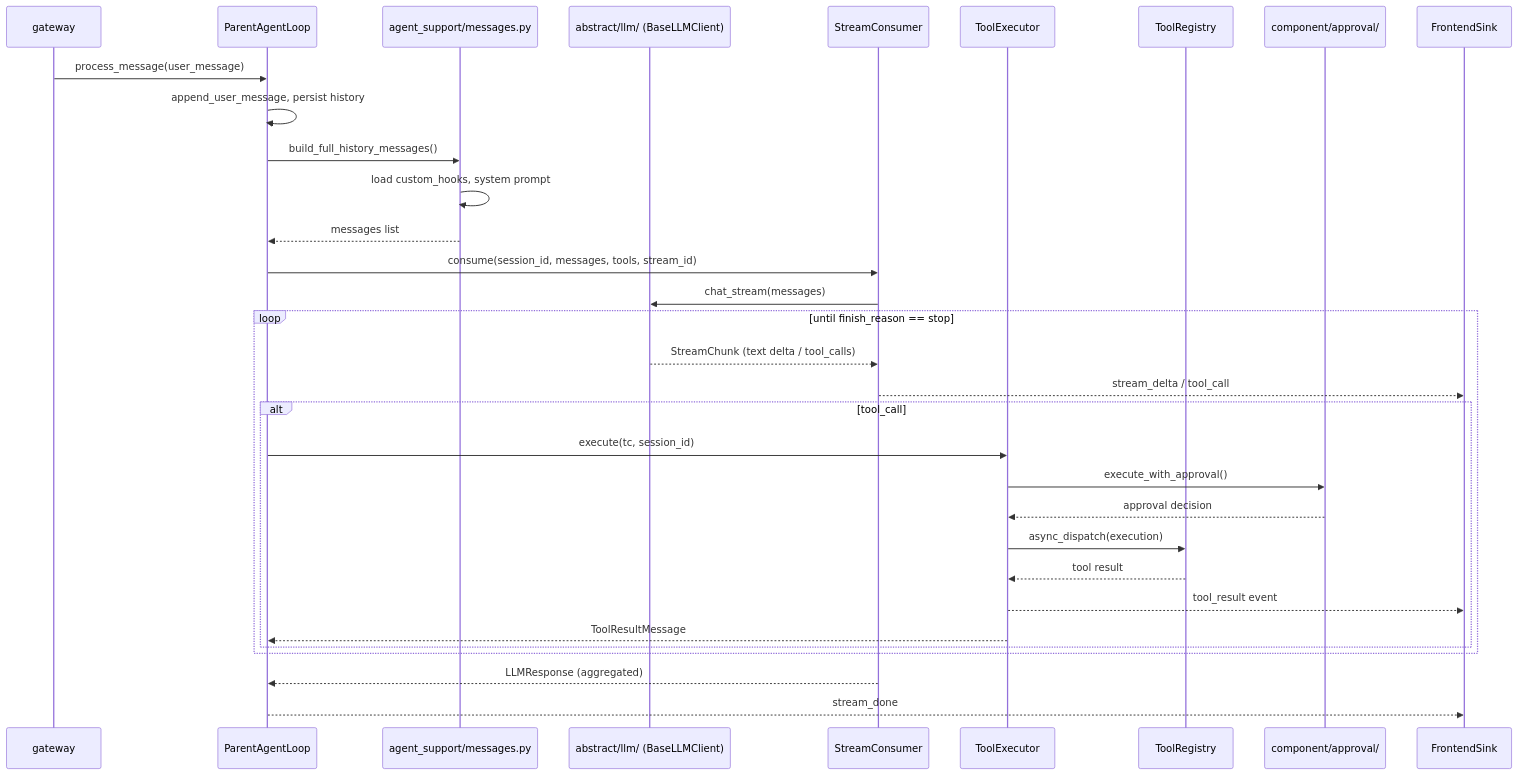
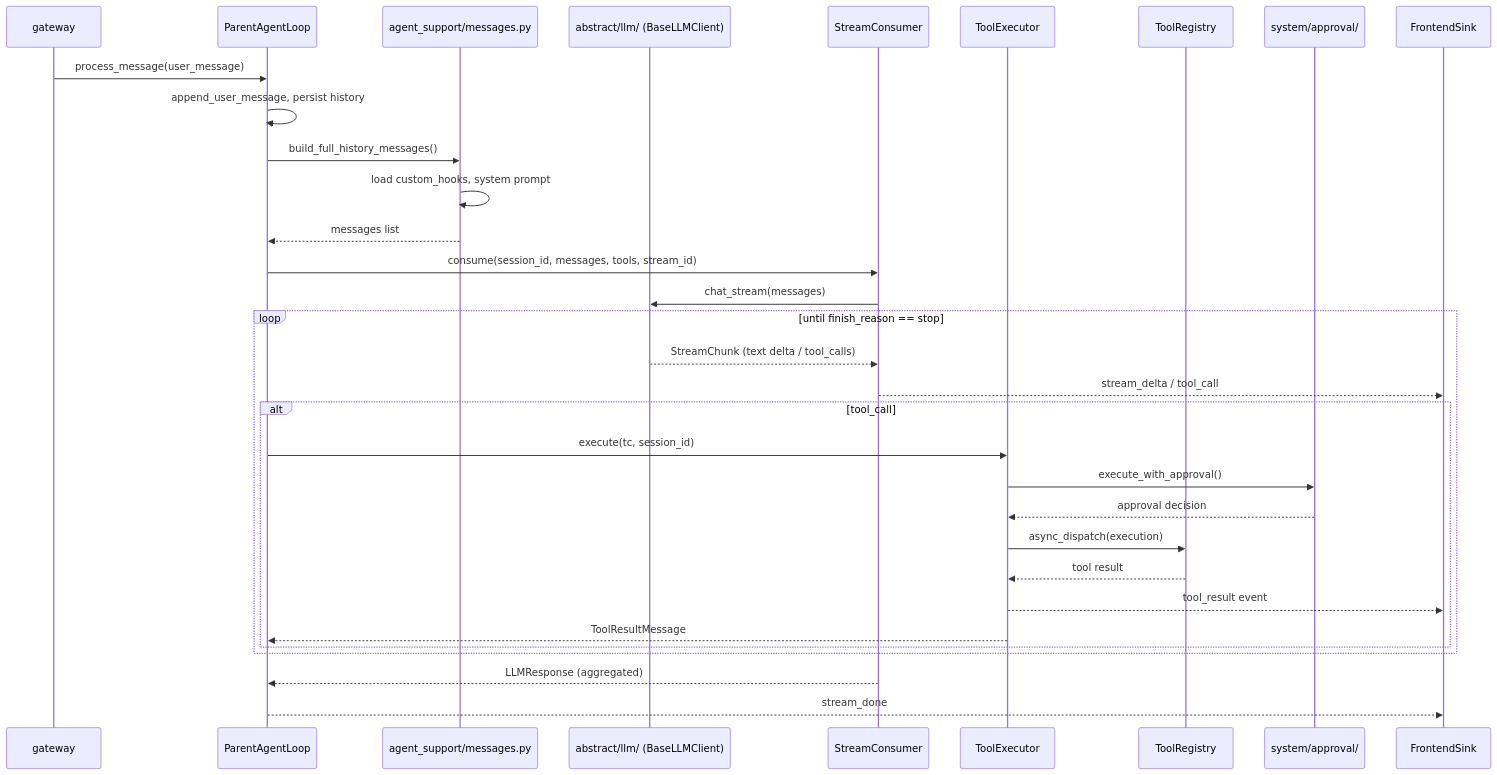
Before and after one commit to NINEMINEsigma/evolve-agent: the diagram in origin_agent/entry/DEV-README.md, drawn with Mermaid. The commit also changed other lines of this file and 27 other files, not shown here.

````diff
--- a/origin_agent/entry/DEV-README.md
+++ b/origin_agent/entry/DEV-README.md
@@ -232,35 +236,35 @@
 ```mermaid
 sequenceDiagram
     participant GW as gateway
     participant PAL as ParentAgentLoop
     participant MS as agent_support/messages.py
     participant LLM as abstract/llm/ (BaseLLMClient)
     participant SC as StreamConsumer
     participant TE as ToolExecutor
     participant TR as ToolRegistry
-    participant APP as component/approval/
+    participant APP as system/approval/
     participant FS as FrontendSink
 
     GW->>PAL: process_message(user_message)
     PAL->>PAL: append_user_message, persist history
     PAL->>MS: build_full_history_messages()
     MS->>MS: load custom_hooks, system prompt
     MS-->>PAL: messages list
     PAL->>SC: consume(session_id, messages, tools, stream_id)
     SC->>LLM: chat_stream(messages)
     loop until finish_reason == stop
         LLM-->>SC: StreamChunk (text delta / tool_calls)
         SC-->>FS: stream_delta / tool_call
         alt tool_call
             PAL->>TE: execute(tc, session_id)
             TE->>APP: execute_with_approval()
             APP-->>TE: approval decision
             TE->>TR: async_dispatch(execution)
             TR-->>TE: tool result
             TE-->>FS: tool_result event
             TE-->>PAL: ToolResultMessage
         end
     end
     SC-->>PAL: LLMResponse (aggregated)
     PAL-->>FS: stream_done
 ```
````
